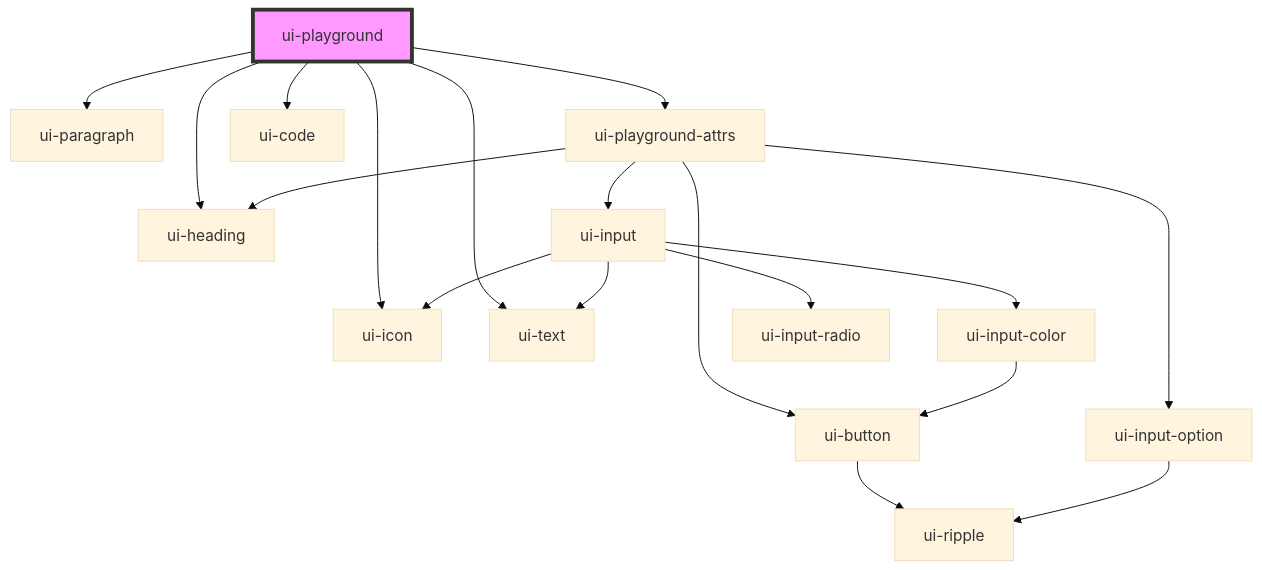
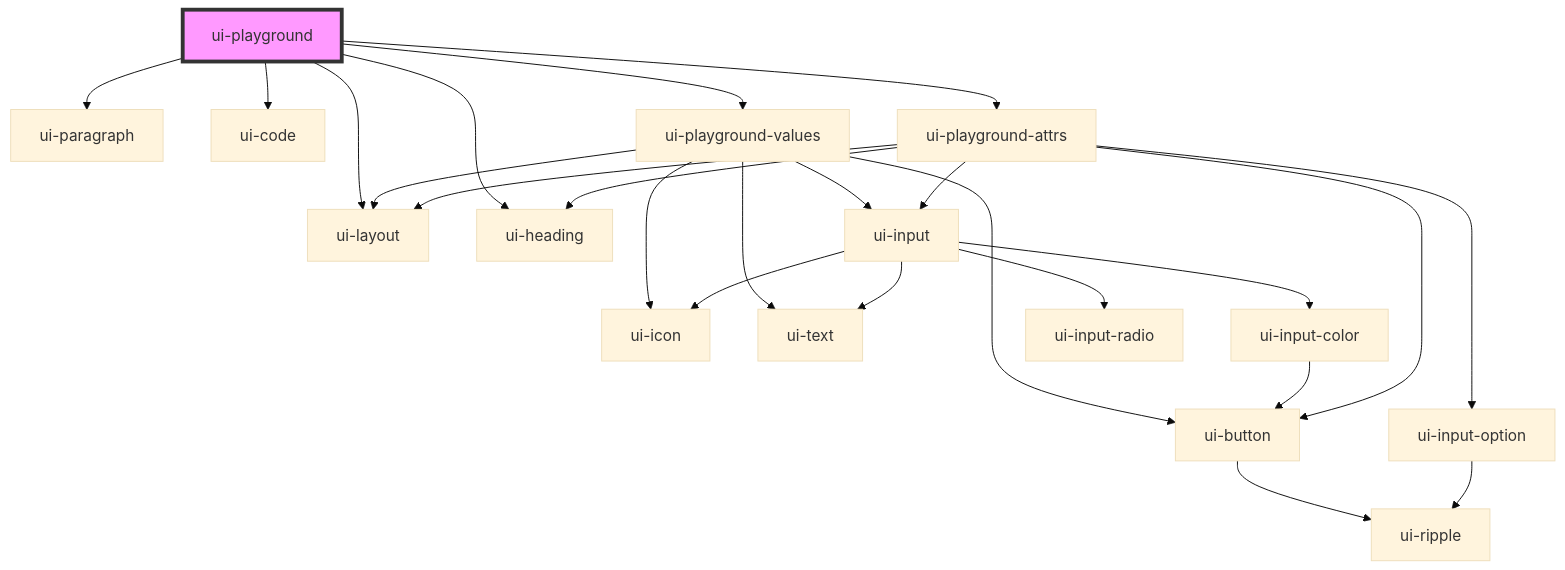
Before and after one commit to shahzad1970/psycho-ui: the diagram in src/components/ui-playground/readme.md, drawn with Mermaid (base theme). The commit also changed other lines of this file and 285 other files, not shown here.

````diff
--- a/src/components/ui-playground/readme.md
+++ b/src/components/ui-playground/readme.md
@@ -27,21 +27,27 @@
 ```mermaid
 graph TD;
+  ui-playground --> ui-layout
   ui-playground --> ui-heading
   ui-playground --> ui-paragraph
+  ui-playground --> ui-code
+  ui-playground --> ui-playground-values
   ui-playground --> ui-playground-attrs
-  ui-playground --> ui-code
-  ui-playground --> ui-icon
-  ui-playground --> ui-text
-  ui-playground-attrs --> ui-input
-  ui-playground-attrs --> ui-button
-  ui-playground-attrs --> ui-input-option
-  ui-playground-attrs --> ui-heading
+  ui-playground-values --> ui-layout
+  ui-playground-values --> ui-input
+  ui-playground-values --> ui-icon
+  ui-playground-values --> ui-button
+  ui-playground-values --> ui-text
   ui-input --> ui-icon
   ui-input --> ui-text
   ui-input --> ui-input-color
   ui-input --> ui-input-radio
   ui-input-color --> ui-button
   ui-button --> ui-ripple
+  ui-playground-attrs --> ui-input
+  ui-playground-attrs --> ui-button
+  ui-playground-attrs --> ui-input-option
+  ui-playground-attrs --> ui-layout
+  ui-playground-attrs --> ui-heading
   ui-input-option --> ui-ripple
   style ui-playground fill:#f9f,stroke:#333,stroke-width:4px
 ```
````
